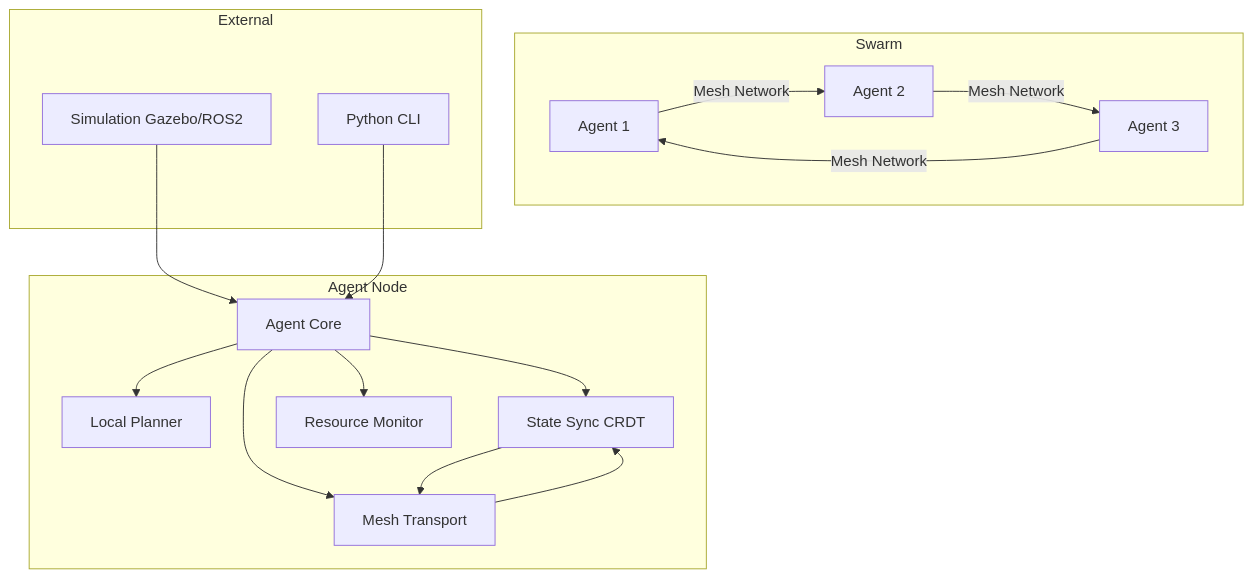
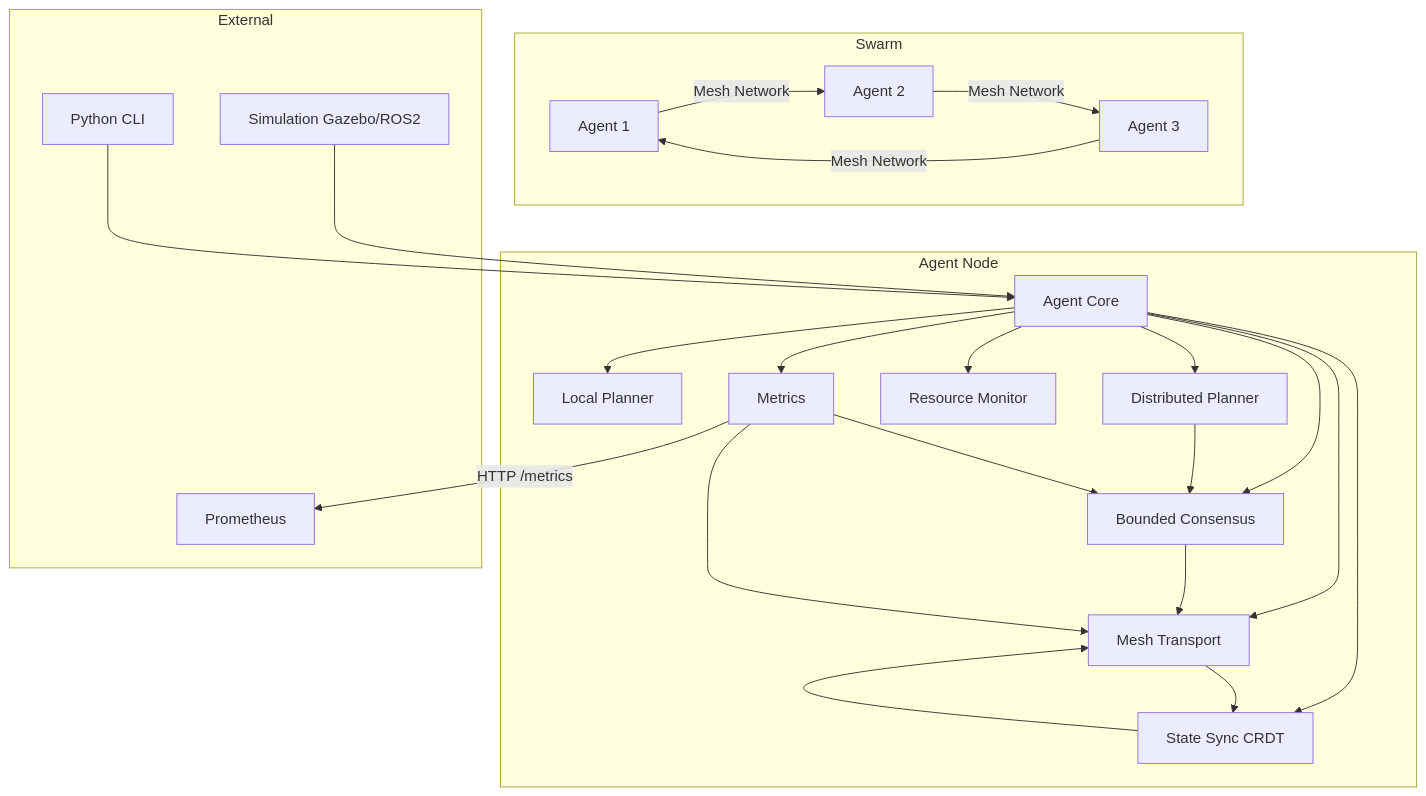
One commit to Resilient-Systems-Engineering-Group-Inc/Offline-First-Multi-Agent-Autonomy-SDK changed the diagram in ARCHITECTURE.md. Above: the diagram before and after it, drawn with Mermaid. The commit also changed other lines of this file and 36 other files, not shown here.

````diff
--- a/ARCHITECTURE.md
+++ b/ARCHITECTURE.md
@@ -15,33 +17,45 @@
 ```mermaid
 graph TB
     subgraph "Agent Node"
         AC[Agent Core]
         LP[Local Planner]
+        DP[Distributed Planner]
         SS[State Sync CRDT]
         MT[Mesh Transport]
         RM[Resource Monitor]
+        BC[Bounded Consensus]
+        MET[Metrics]
 
         AC --> LP
+        AC --> DP
         AC --> SS
         AC --> MT
         AC --> RM
+        AC --> BC
+        AC --> MET
         SS --> MT
         MT --> SS
+        DP --> BC
+        BC --> MT
+        MET --> MT
+        MET --> BC
     end
 
     subgraph "Swarm"
         N1[Agent 1]
         N2[Agent 2]
         N3[Agent 3]
         N1 -- Mesh Network --> N2
         N2 -- Mesh Network --> N3
         N3 -- Mesh Network --> N1
     end
 
     subgraph "External"
         SIM[Simulation Gazebo/ROS2]
         CLI[Python CLI]
+        PROM[Prometheus]
         SIM --> AC
         CLI --> AC
+        MET -- HTTP /metrics --> PROM
     end
 ```
````
